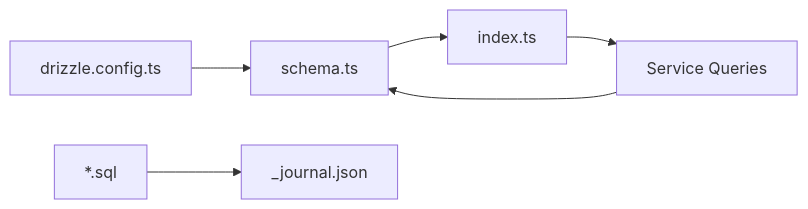
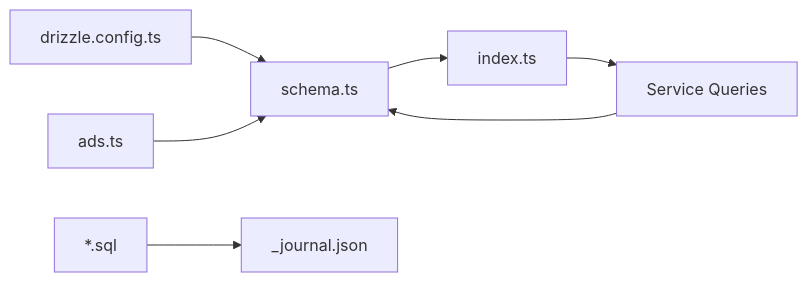
Before and after one commit to eromedrive2tb-gif/Avitrine: the fourth of 4 diagrams in .qoder/repowiki/en/content/Database Design/Database Design.md, drawn with Mermaid. The commit also changed other lines of this file and 18 other files, not shown here.

````diff
--- a/.qoder/repowiki/en/content/Database Design/Database Design.md
+++ b/.qoder/repowiki/en/content/Database Design/Database Design.md
@@ -433,8 +578,9 @@
 ```mermaid
 graph LR
 Schema["schema.ts"] --> Runtime["index.ts"]
 Config["drizzle.config.ts"] --> Schema
 Migs["*.sql"] --> Journal["_journal.json"]
 Runtime --> Services["Service Queries"]
 Services --> Schema
+AdsService["ads.ts"] --> Schema
 ```
````
